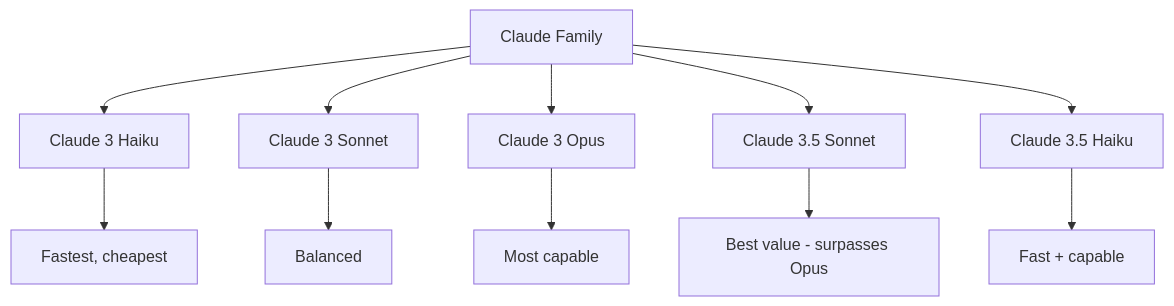
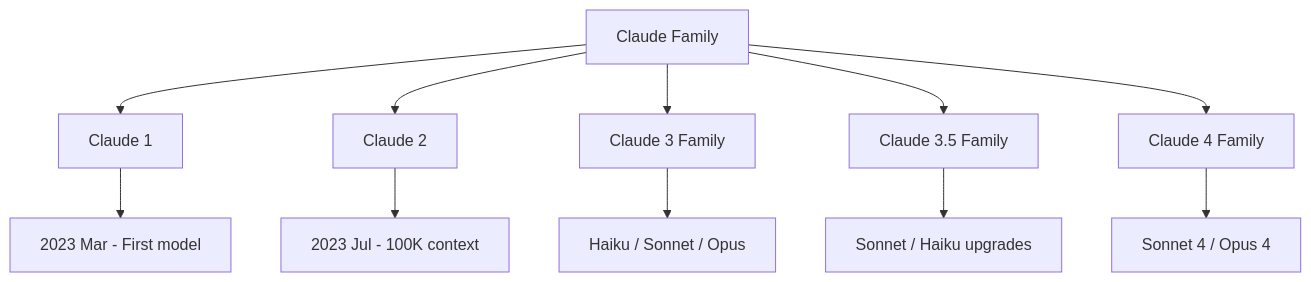
Before and after one commit to vanos001/placement_prep: the first of 2 diagrams in src/llm/sota/claude.md, drawn with Mermaid. The commit also changed other lines of this file and 8 other files, not shown here.

````diff
--- a/src/llm/sota/claude.md
+++ b/src/llm/sota/claude.md
@@ -9,13 +9,13 @@
 ```mermaid
 graph TD
-    A[Claude Family] --> B[Claude 3 Haiku]
-    A --> C[Claude 3 Sonnet]
-    A --> D[Claude 3 Opus]
-    A --> E[Claude 3.5 Sonnet]
-    A --> F[Claude 3.5 Haiku]
-    B --> B1[Fastest, cheapest]
-    C --> C1[Balanced]
-    D --> D1[Most capable]
-    E --> E1[Best value - surpasses Opus]
-    F --> F1[Fast + capable]
+    A[Claude Family] --> B[Claude 1]
+    A --> C[Claude 2]
+    A --> D[Claude 3 Family]
+    A --> E[Claude 3.5 Family]
+    A --> F[Claude 4 Family]
+    B --> B1[2023 Mar - First model]
+    C --> C1[2023 Jul - 100K context]
+    D --> D1[Haiku / Sonnet / Opus]
+    E --> E1[Sonnet / Haiku upgrades]
+    F --> F1[Sonnet 4 / Opus 4]
 ```
````
